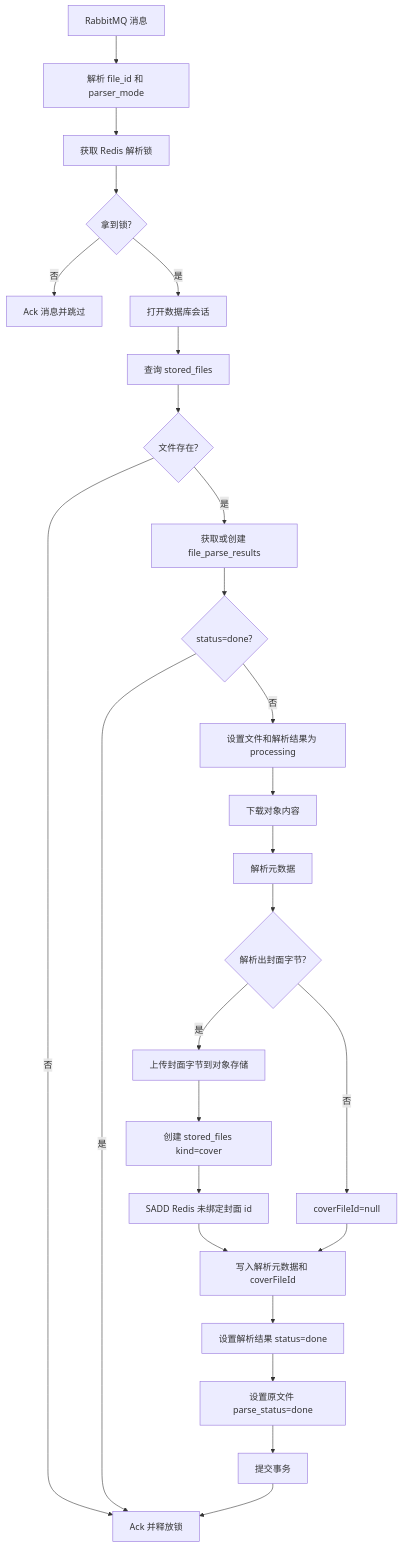
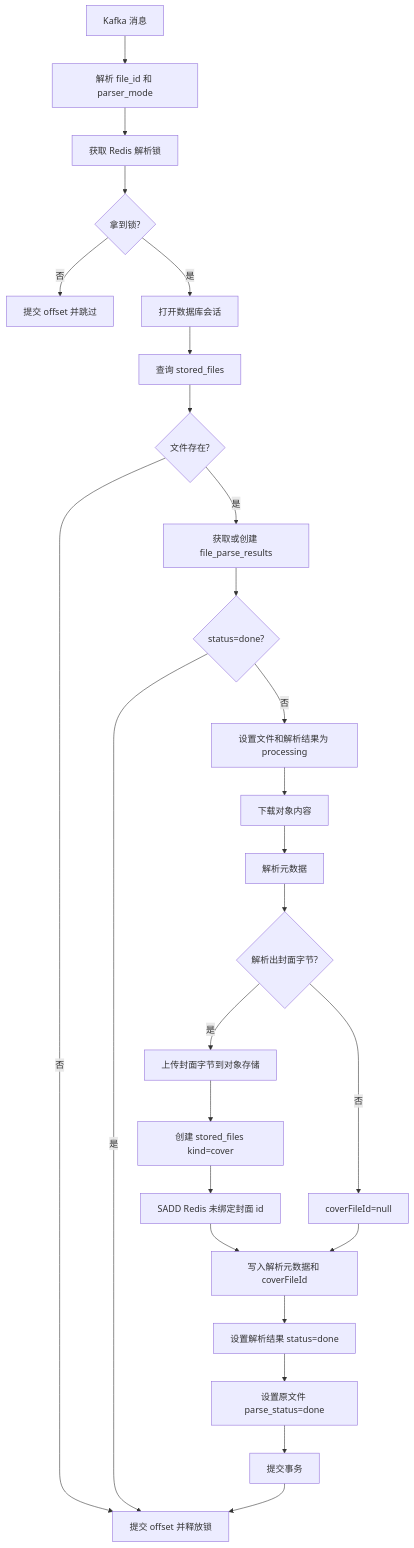
The second of 3 diagrams in document/模块图表/06-异步解析模块.md (hwb-321/ZlibSE), drawn with Mermaid before and after one commit. The commit also changed other lines of this file and 12 other files, not shown here.

````diff
--- a/document/模块图表/06-异步解析模块.md
+++ b/document/模块图表/06-异步解析模块.md
@@ -25,28 +25,28 @@
 ```mermaid
 flowchart TD
-    A[RabbitMQ 消息] --> B[解析 file_id 和 parser_mode]
+    A[Kafka 消息] --> B[解析 file_id 和 parser_mode]
     B --> C[获取 Redis 解析锁]
     C --> D{拿到锁?}
-    D -- 否 --> E[Ack 消息并跳过]
+    D -- 否 --> E[提交 offset 并跳过]
     D -- 是 --> F[打开数据库会话]
     F --> G[查询 stored_files]
     G --> H{文件存在?}
-    H -- 否 --> I[Ack 并释放锁]
+    H -- 否 --> I[提交 offset 并释放锁]
     H -- 是 --> J[获取或创建 file_parse_results]
     J --> K{status=done?}
     K -- 是 --> I
     K -- 否 --> L[设置文件和解析结果为 processing]
     L --> M[下载对象内容]
     M --> N[解析元数据]
     N --> O{解析出封面字节?}
     O -- 是 --> P[上传封面字节到对象存储]
     P --> Q[创建 stored_files kind=cover]
     Q --> R[SADD Redis 未绑定封面 id]
     O -- 否 --> S[coverFileId=null]
     R --> T[写入解析元数据和 coverFileId]
     S --> T
     T --> U[设置解析结果 status=done]
     U --> V[设置原文件 parse_status=done]
     V --> W[提交事务]
     W --> I
 ```
````
